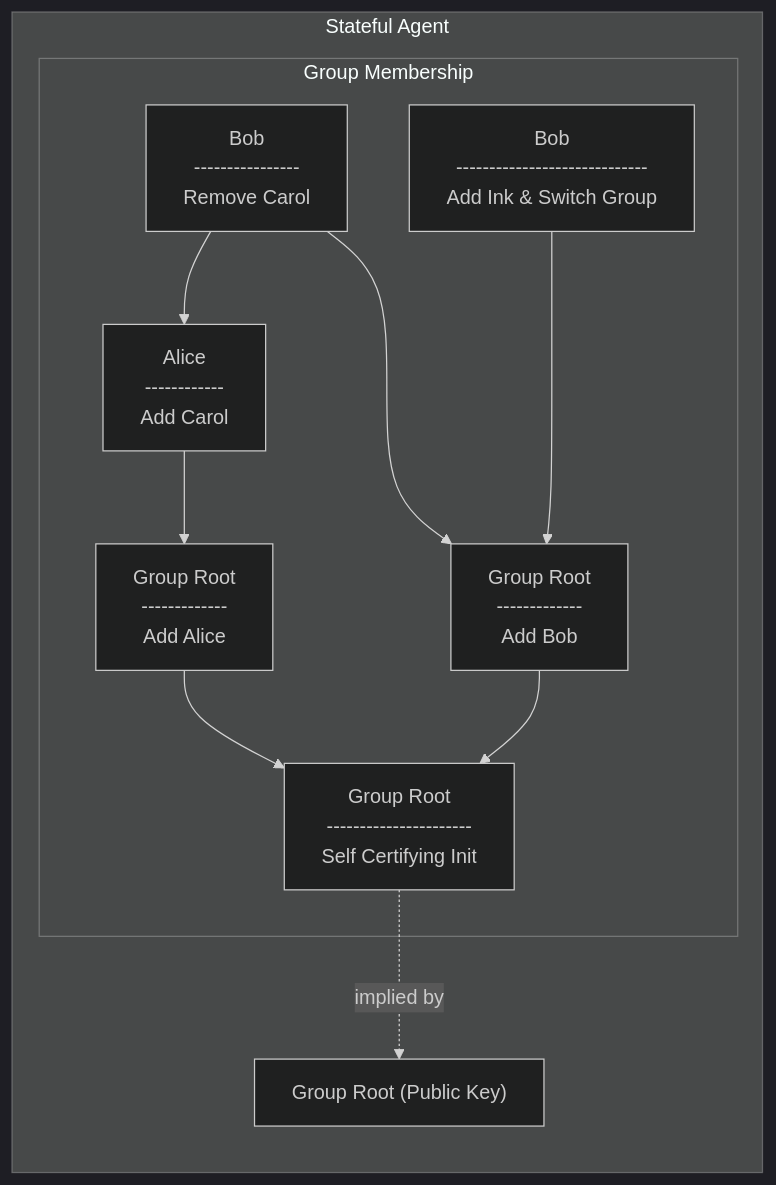
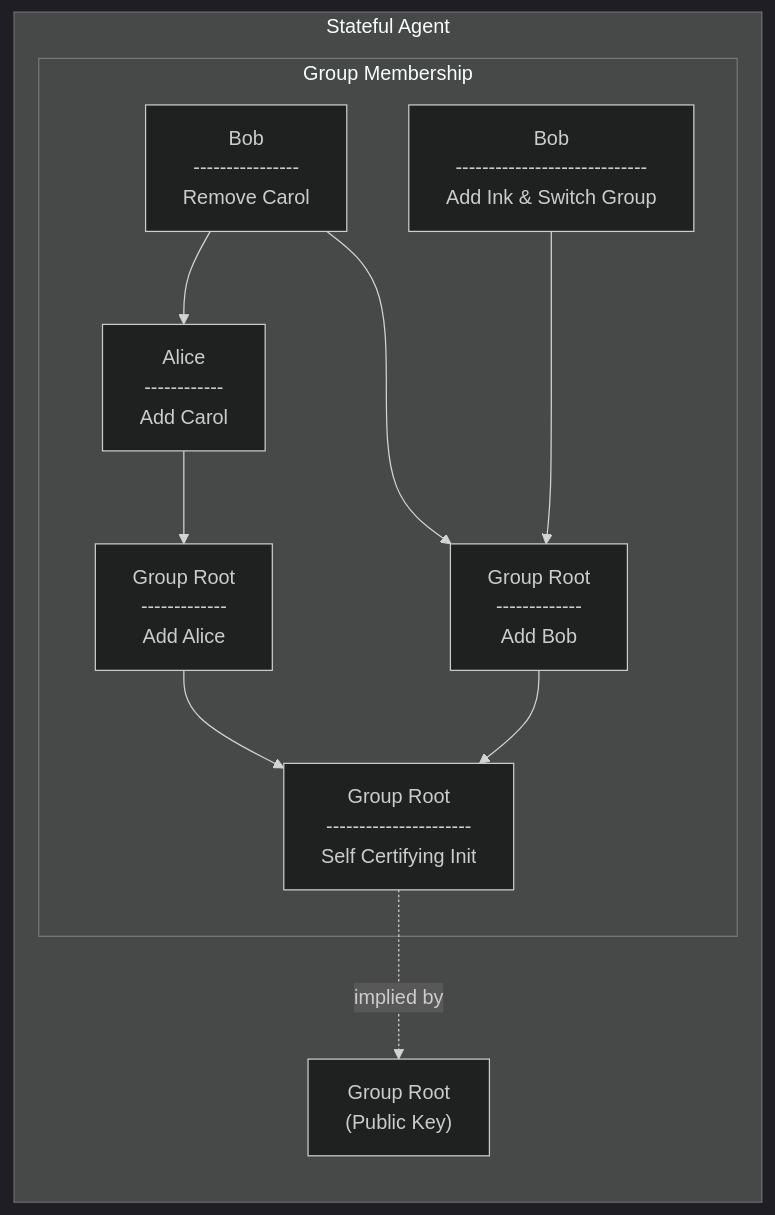
Before and after one commit to inkandswitch/keyhive: the third of 11 diagrams in design/group_membership.md, drawn with Mermaid (dark theme). The commit also changed other lines of this file, not shown here.

Commit message:
add some <br> in mermaid to aid readability

````diff
--- a/design/group_membership.md
+++ b/design/group_membership.md
@@ -70,20 +70,20 @@
 ```mermaid
 flowchart TB
     subgraph StatefulAgent[Stateful Agent]
         direction TB
 
-        _groupPK["Group Root (Public Key)"]
+        _groupPK["Group Root<br>(Public Key)"]
 
         subgraph membership[Group Membership]
             rootAddsAlice[Group Root<br>-------------<br>Add Alice] --> groupRoot[Group Root<br>----------------------<br>Self Certifying Init]
             rootAddsBob[Group Root<br>-------------<br>Add Bob] --> groupRoot
             aliceAddsCarol[Alice<br>------------<br>Add Carol] --> rootAddsAlice
 
             removeCarol[Bob<br>----------------<br>Remove Carol] --> rootAddsBob
             removeCarol --> aliceAddsCarol
             bobAddsIas[Bob<br>-----------------------------<br>Add Ink & Switch Group] ---> rootAddsBob
         end
     end
 
     groupRoot -.->|implied by| _groupPK
 ```
````
